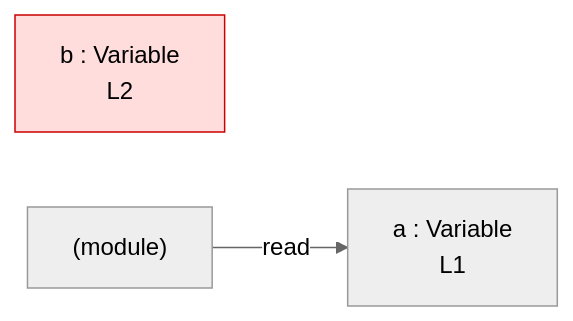
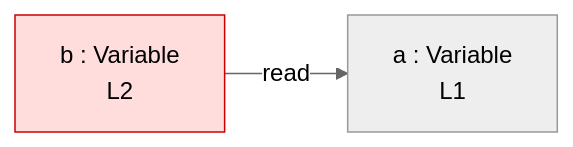
Before and after one commit to crescware/unsnarl: the diagram in integration/fixtures/minimal-const-array/preview.md, drawn with Mermaid (neutral theme). The commit also changed 38 other files, not shown here.

First line of the commit message:
feat: route Mermaid edges through the initialized variable (owner)

````diff
--- a/integration/fixtures/minimal-const-array/preview.md
+++ b/integration/fixtures/minimal-const-array/preview.md
@@ -12,9 +12,8 @@
 ```mermaid
 flowchart LR
   n_scope_0_a_6["a : Variable\nL1"]
   n_scope_0_b_21["b : Variable\nL2"]
-  module_root -->|read| n_scope_0_a_6
-  module_root["(module)"]
+  n_scope_0_b_21 -->|read| n_scope_0_a_6
   classDef unused fill:#fdd,stroke:#c00;
   class n_scope_0_b_21 unused;
 ```
````
